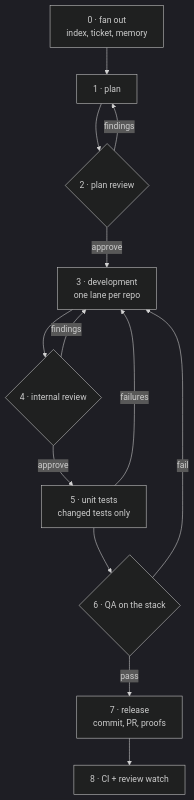
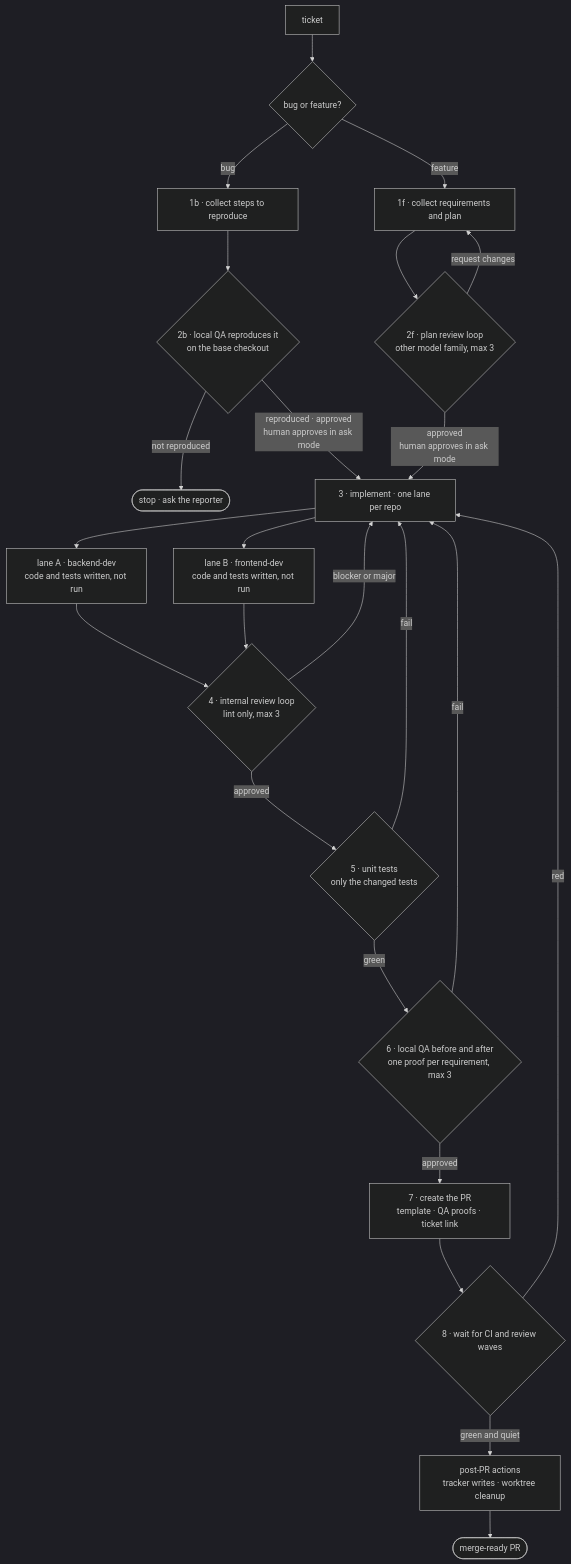
Before and after one commit to vsdudakov/troika: the diagram in docs/concepts/pipeline.md, drawn with Mermaid (dark theme). The commit also changed other lines of this file and 61 other files, not shown here.

````diff
--- a/docs/concepts/pipeline.md
+++ b/docs/concepts/pipeline.md
@@ -11,15 +19,26 @@
 ```mermaid
-flowchart TB
-    A[0 · fan out<br/>index, ticket, memory] --> B[1 · plan]
-    B --> C{2 · plan review}
-    C -- findings --> B
-    C -- approve --> D[3 · development<br/>one lane per repo]
-    D --> E{4 · internal review}
-    E -- findings --> D
-    E -- approve --> F[5 · unit tests<br/>changed tests only]
-    F -- failures --> D
-    F --> G{6 · QA on the stack}
-    G -- fail --> D
-    G -- pass --> H[7 · release<br/>commit, PR, proofs]
-    H --> I[8 · CI + review watch]
+flowchart TD
+  A[ticket] --> B{bug or feature?}
+  B -- bug --> C[1b · collect steps to reproduce]
+  C --> D{2b · local QA reproduces it<br/>on the base checkout}
+  D -- not reproduced --> E([stop · ask the reporter])
+  D -- reproduced · approved<br/>human approves in ask mode --> H
+  B -- feature --> F[1f · collect requirements and plan]
+  F --> G{2f · plan review loop<br/>other model family, max 3}
+  G -- request changes --> F
+  G -- approved<br/>human approves in ask mode --> H[3 · implement · one lane per repo]
+  H --> I[lane A · backend-dev<br/>code and tests written, not run]
+  H --> J[lane B · frontend-dev<br/>code and tests written, not run]
+  I --> K
+  J --> K{4 · internal review loop<br/>lint only, max 3}
+  K -- blocker or major --> H
+  K -- approved --> L{5 · unit tests<br/>only the changed tests}
+  L -- fail --> H
+  L -- green --> M{6 · local QA before and after<br/>one proof per requirement, max 3}
+  M -- fail --> H
+  M -- approved --> N[7 · create the PR<br/>template · QA proofs · ticket link]
+  N --> O{8 · wait for CI and review waves}
+  O -- red --> H
+  O -- green and quiet --> P[post-PR actions<br/>tracker writes · worktree cleanup]
+  P --> Q([merge-ready PR])
 ```
````
